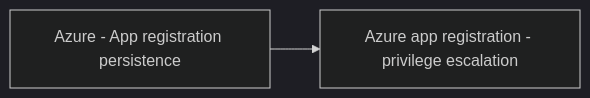
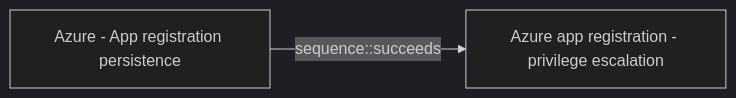
One commit to opentidehq/library changed the diagram in docs/threats/azure-app-registration-persistence.md. Above: the diagram before and after it, drawn with Mermaid (dark theme). The commit also changed other lines of this file and 277 other files, not shown here.

````diff
--- a/docs/threats/azure-app-registration-persistence.md
+++ b/docs/threats/azure-app-registration-persistence.md
@@ -68,6 +100,6 @@
 ```mermaid
 flowchart LR
 5d43ef75_4637_4a75_b1ed_6716052cff0e["Azure - App registration persistence"]
 c7e260d8_d391_41eb_be1a_7f276c99b383["Azure app registration - privilege escalation"]
-5d43ef75_4637_4a75_b1ed_6716052cff0e --> c7e260d8_d391_41eb_be1a_7f276c99b383
+5d43ef75_4637_4a75_b1ed_6716052cff0e -->|sequence::succeeds| c7e260d8_d391_41eb_be1a_7f276c99b383
 ```
````
